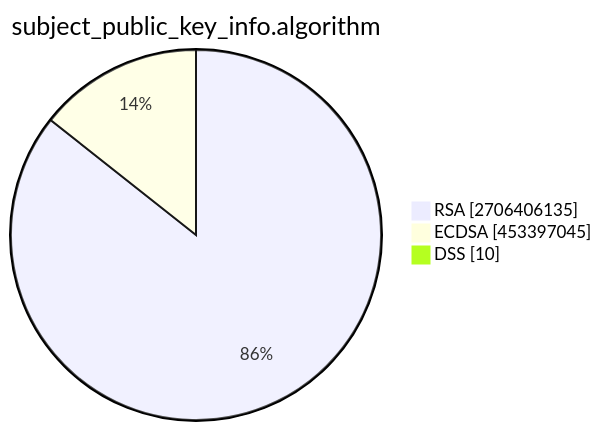
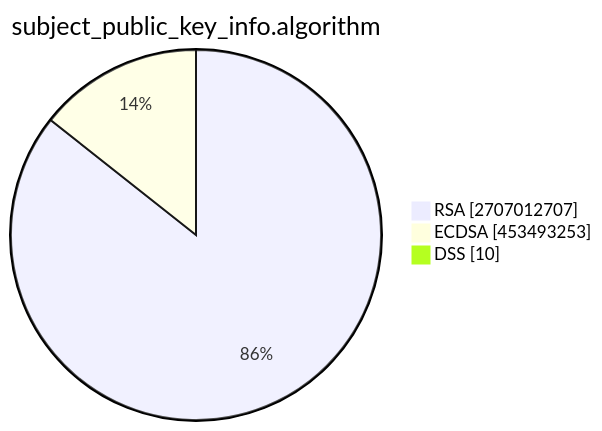
One commit to christiankrug/ctmonitor_visualization changed the second of 15 diagrams in TOTAL/README.md. Above: the diagram before and after it, drawn with Mermaid. The commit also changed other lines of this file, not shown here.

````diff
--- a/TOTAL/README.md
+++ b/TOTAL/README.md
@@ -6,7 +6,7 @@
 ```mermaid
 pie showData
 title subject_public_key_info.algorithm
-"RSA" :2706406135
-"ECDSA" :453397045
+"RSA" :2707012707
+"ECDSA" :453493253
 "DSS" :10
 ```
````
